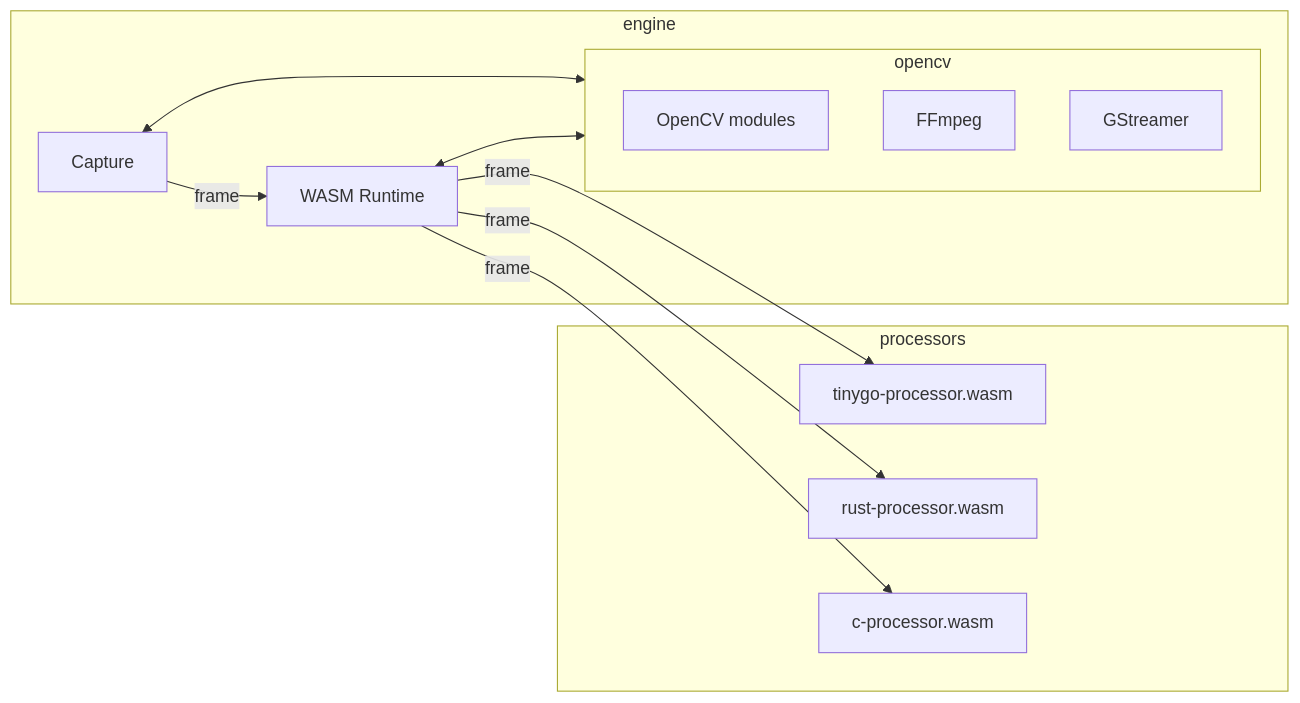
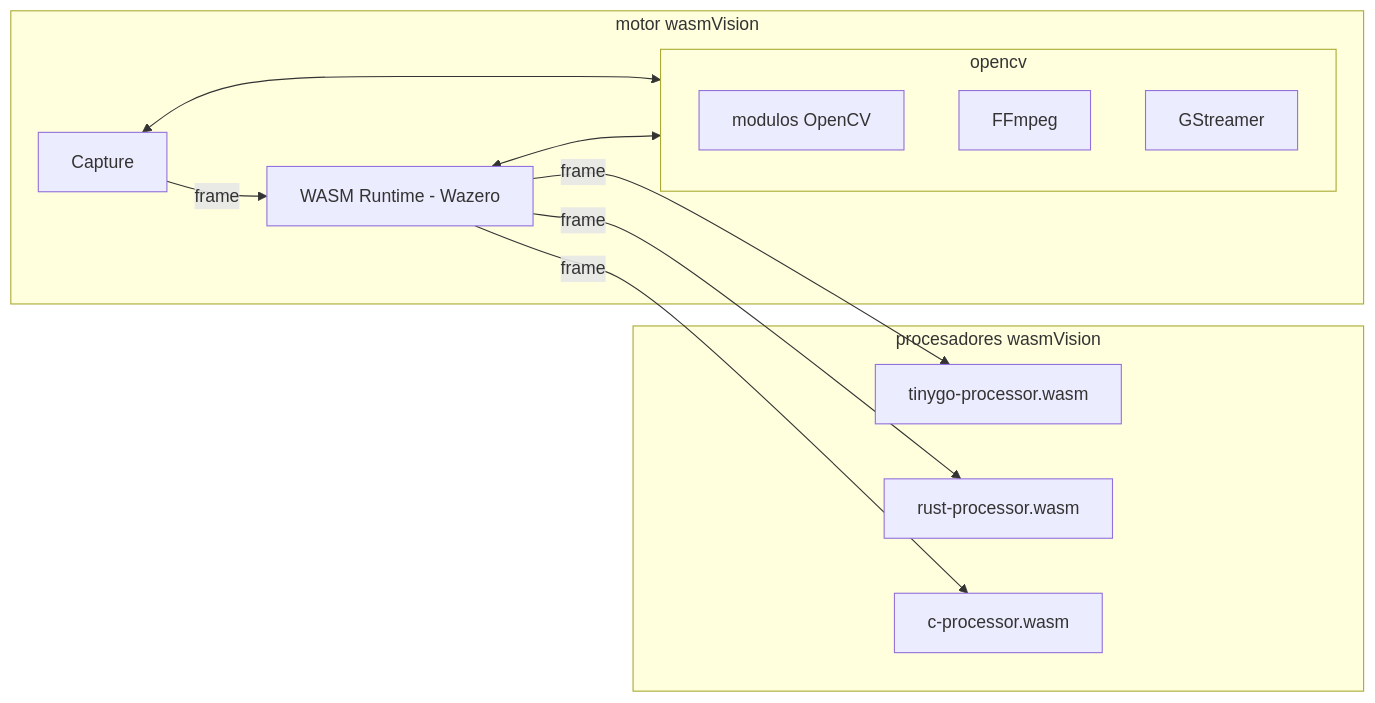
Before and after one commit to deadprogram/gomad2025: the diagram in diagrams/wasmvision-arch.md, drawn with Mermaid. The commit also changed 3 other files, not shown here.

````diff
--- a/diagrams/wasmvision-arch.md
+++ b/diagrams/wasmvision-arch.md
@@ -1,20 +1,20 @@
 ```mermaid
 flowchart LR
-    subgraph engine
+    subgraph motor wasmVision
         Capture
-        Runtime[WASM Runtime]
+        Runtime[WASM Runtime - Wazero]
         Capture--frame-->Runtime
         Capture<-->opencv
         Runtime<-->opencv
     end
     subgraph opencv
-        modules[OpenCV modules]
+        modulos[modulos OpenCV]
         FFmpeg
         GStreamer
     end
-    subgraph processors
+    subgraph procesadores wasmVision
         Runtime--frame-->tinygo-processor.wasm
         Runtime--frame-->rust-processor.wasm
         Runtime--frame-->c-processor.wasm
     end
 ```
````
